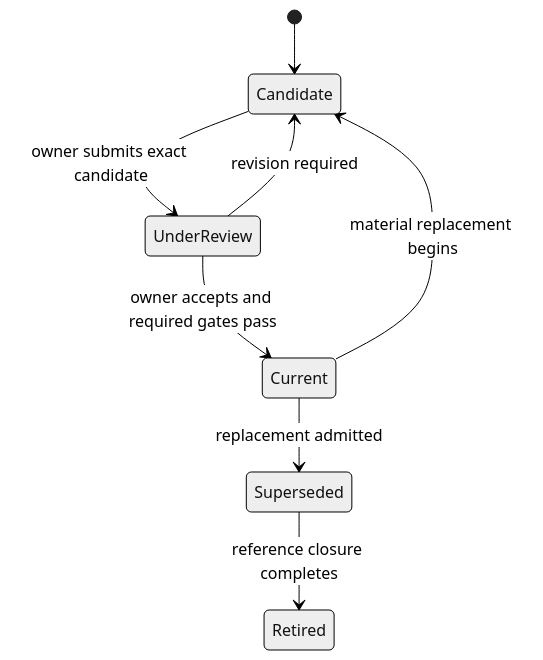
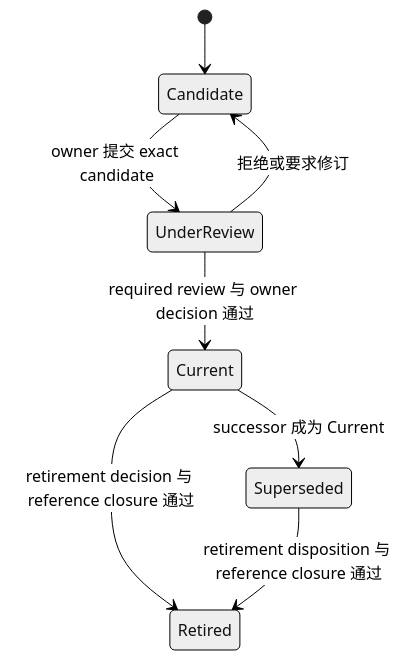
Before and after one commit to bobaoai/agent_runtime: the third of 3 diagrams in 09_soul/governance/t0/the_design_doc_management.md, drawn with Mermaid (neutral theme). The commit also changed other lines of this file and 195 other files, not shown here.

````diff
--- a/09_soul/governance/t0/the_design_doc_management.md
+++ b/09_soul/governance/t0/the_design_doc_management.md
@@ -259,10 +390,10 @@
 ```mermaid
 stateDiagram-v2
     [*] --> Candidate
-    Candidate --> UnderReview: owner submits exact candidate
-    UnderReview --> Candidate: revision required
-    UnderReview --> Current: owner accepts and required gates pass
-    Current --> Candidate: material replacement begins
-    Current --> Superseded: replacement admitted
-    Superseded --> Retired: reference closure completes
+    Candidate --> UnderReview: owner 提交 exact candidate
+    UnderReview --> Candidate: 拒绝或要求修订
+    UnderReview --> Current: required review 与 owner decision 通过
+    Current --> Superseded: successor 成为 Current
+    Current --> Retired: retirement decision 与 reference closure 通过
+    Superseded --> Retired: retirement disposition 与 reference closure 通过
 ```
````
